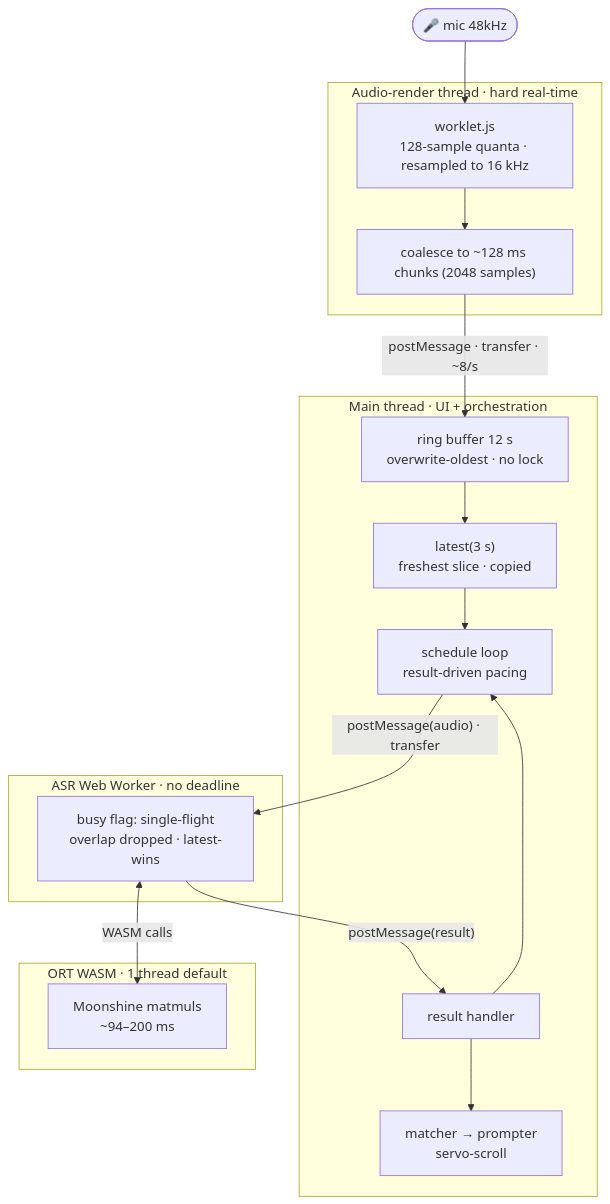
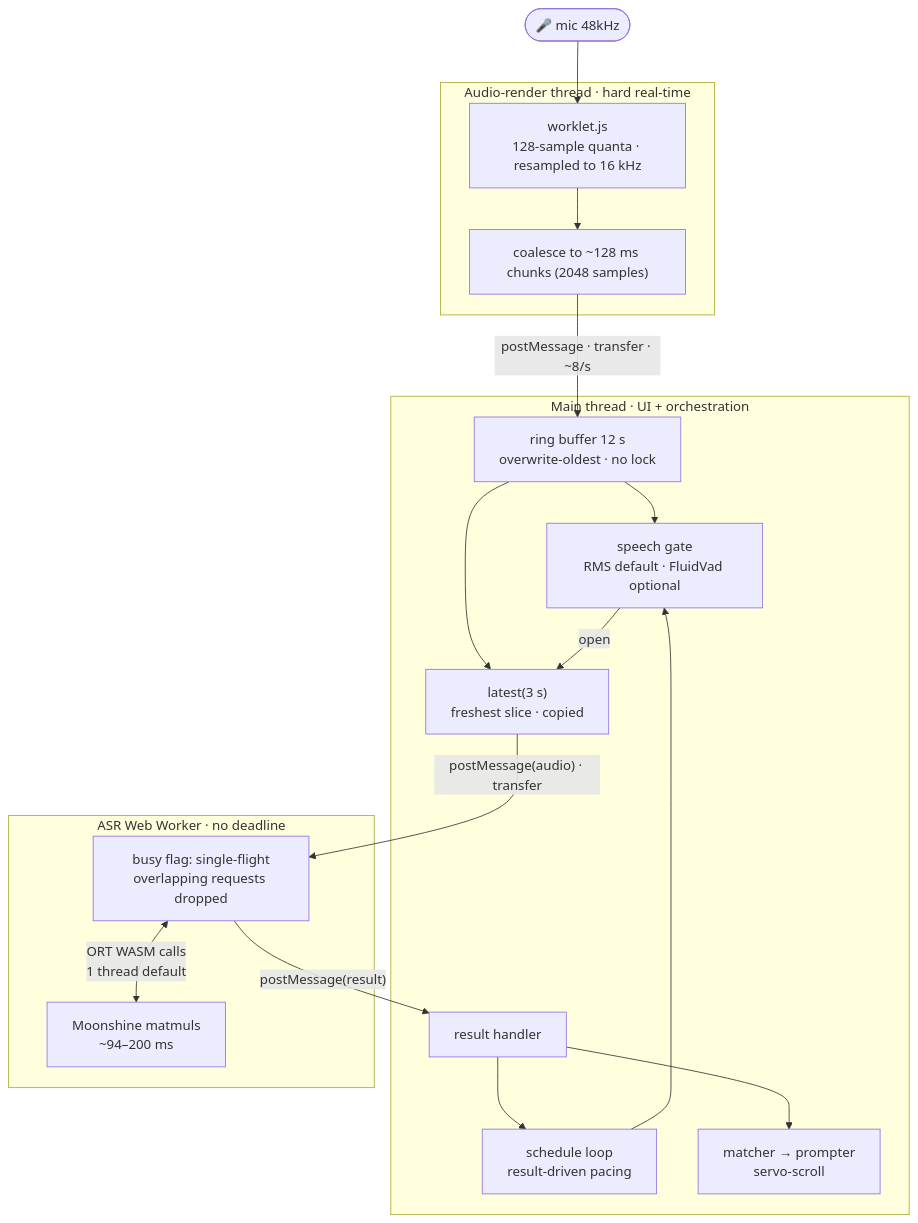
One commit to erkde/cue changed the diagram in README.md. Above: the diagram before and after it, drawn with Mermaid. The commit also changed other lines of this file, not shown here.

````diff
--- a/README.md
+++ b/README.md
@@ -49,35 +58,36 @@
 ```mermaid
 flowchart TB
     mic([🎤 mic 48kHz])
 
     subgraph audio["Audio-render thread · hard real-time"]
         wl["worklet.js<br/>128-sample quanta · resampled to 16 kHz"]
         batch["coalesce to ~128 ms chunks (2048 samples)"]
         wl --> batch
     end
 
     subgraph main["Main thread · UI + orchestration"]
         ring["ring buffer 12 s<br/>overwrite-oldest · no lock"]
+        gate["speech gate<br/>RMS default · FluidVad optional"]
         latest["latest(3 s)<br/>freshest slice · copied"]
         loop["schedule loop<br/>result-driven pacing"]
         result["result handler"]
         scroll["matcher → prompter<br/>servo-scroll"]
-        ring --> latest --> loop
+        loop --> gate
+        ring --> gate
+        ring --> latest
+        gate -->|"open"| latest
         result --> scroll
         result --> loop
     end
 
     subgraph worker["ASR Web Worker · no deadline"]
-        busy["busy flag: single-flight<br/>overlap dropped · latest-wins"]
-    end
-
-    subgraph ort["ORT WASM · 1 thread default"]
+        busy["busy flag: single-flight<br/>overlapping requests dropped"]
         compute["Moonshine matmuls<br/>~94–200 ms"]
+        busy <-->|"ORT WASM calls<br/>1 thread default"| compute
     end
 
     mic --> wl
     batch -->|"postMessage · transfer · ~8/s"| ring
-    loop -->|"postMessage(audio) · transfer"| busy
-    busy <-->|"WASM calls"| compute
+    latest -->|"postMessage(audio) · transfer"| busy
     busy -->|"postMessage(result)"| result
 ```
````
